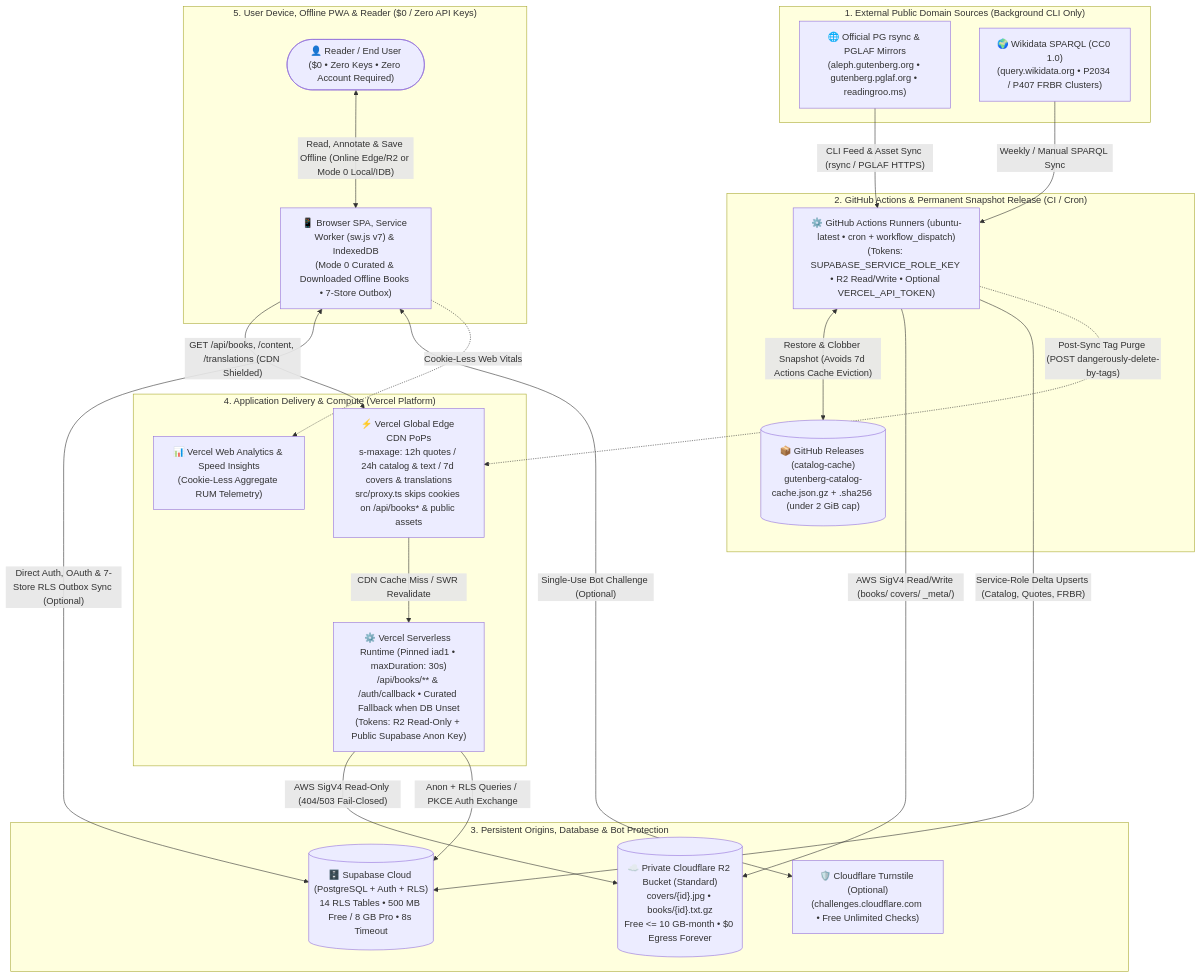
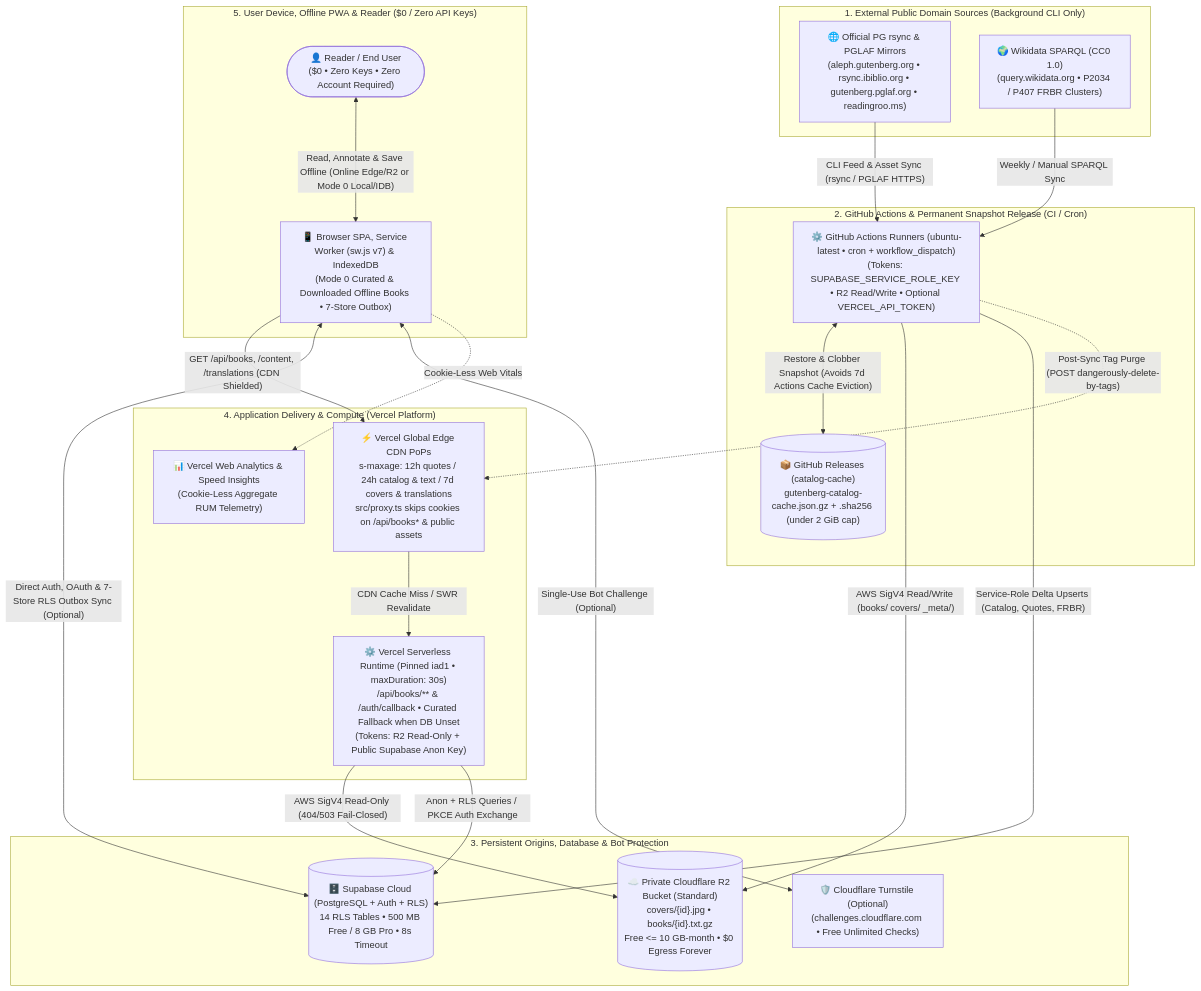
One commit to calin-m/Bookarium changed the diagram in docs/INFRASTRUCTURE.md. Above: the diagram before and after it, drawn with Mermaid. The commit also changed other lines of this file and 40 other files, not shown here.

````diff
--- a/docs/INFRASTRUCTURE.md
+++ b/docs/INFRASTRUCTURE.md
@@ -32,46 +32,46 @@
 ```mermaid
 flowchart TD
     subgraph UpstreamFeeds ["1. External Public Domain Sources (Background CLI Only)"]
-        PGMirrors["🌐 Official PG rsync & PGLAF Mirrors\n(aleph.gutenberg.org • gutenberg.pglaf.org • readingroo.ms)"]
+        PGMirrors["🌐 Official PG rsync & PGLAF Mirrors\n(aleph.gutenberg.org • rsync.ibiblio.org • gutenberg.pglaf.org • readingroo.ms)"]
         Wikidata["🌍 Wikidata SPARQL (CC0 1.0)\n(query.wikidata.org • P2034 / P407 FRBR Clusters)"]
     end
 
     subgraph AutomationTier ["2. GitHub Actions & Permanent Snapshot Release (CI / Cron)"]
         GHActions["⚙️ GitHub Actions Runners (ubuntu-latest • cron + workflow_dispatch)\n(Tokens: SUPABASE_SERVICE_ROLE_KEY • R2 Read/Write • Optional VERCEL_API_TOKEN)"]
         GHRelease[("📦 GitHub Releases (catalog-cache)\ngutenberg-catalog-cache.json.gz + .sha256 (under 2 GiB cap)")]
     end
 
     subgraph OriginServices ["3. Persistent Origins, Database & Bot Protection"]
         R2Bucket[("☁️ Private Cloudflare R2 Bucket (Standard)\ncovers/{id}.jpg • books/{id}.txt.gz\nFree <= 10 GB-month • $0 Egress Forever")]
         SupaCloud[("🗄️ Supabase Cloud (PostgreSQL + Auth + RLS)\n14 RLS Tables • 500 MB Free / 8 GB Pro • 8s Timeout")]
         Turnstile["🛡️ Cloudflare Turnstile (Optional)\n(challenges.cloudflare.com • Free Unlimited Checks)"]
     end
 
     subgraph VercelPlane ["4. Application Delivery & Compute (Vercel Platform)"]
         EdgeCDN["⚡ Vercel Global Edge CDN PoPs\ns-maxage: 12h quotes / 24h catalog & text / 7d covers & translations\nsrc/proxy.ts skips cookies on /api/books* & public assets"]
         VercelOrigin["⚙️ Vercel Serverless Runtime (Pinned iad1 • maxDuration: 30s)\n/api/books/** & /auth/callback • Curated Fallback when DB Unset\n(Tokens: R2 Read-Only + Public Supabase Anon Key)"]
         VercelObs["📊 Vercel Web Analytics & Speed Insights\n(Cookie-Less Aggregate RUM Telemetry)"]
     end
 
     subgraph UserDevicePlane ["5. User Device, Offline PWA & Reader ($0 / Zero API Keys)"]
         BrowserPWA["📱 Browser SPA, Service Worker (sw.js v7) & IndexedDB\n(Mode 0 Curated & Downloaded Offline Books • 7-Store Outbox)"]
         EndUser(["👤 Reader / End User\n($0 • Zero Keys • Zero Account Required)"])
     end
 
     PGMirrors -->|"CLI Feed & Asset Sync (rsync / PGLAF HTTPS)"| GHActions
     Wikidata -->|"Weekly / Manual SPARQL Sync"| GHActions
     GHActions <-->|"Restore & Clobber Snapshot (Avoids 7d Actions Cache Eviction)"| GHRelease
     GHActions -->|"AWS SigV4 Read/Write (books/ covers/ _meta/)"| R2Bucket
     GHActions -->|"Service-Role Delta Upserts (Catalog, Quotes, FRBR)"| SupaCloud
     GHActions -.->|"Post-Sync Tag Purge (POST dangerously-delete-by-tags)"| EdgeCDN
 
     VercelOrigin -->|"AWS SigV4 Read-Only (404/503 Fail-Closed)"| R2Bucket
     VercelOrigin -->|"Anon + RLS Queries / PKCE Auth Exchange"| SupaCloud
     EdgeCDN -->|"CDN Cache Miss / SWR Revalidate"| VercelOrigin
 
     BrowserPWA -->|"GET /api/books, /content, /translations (CDN Shielded)"| EdgeCDN
     BrowserPWA <-->|"Direct Auth, OAuth & 7-Store RLS Outbox Sync (Optional)"| SupaCloud
     BrowserPWA <-->|"Single-Use Bot Challenge (Optional)"| Turnstile
     BrowserPWA -.->|"Cookie-Less Web Vitals"| VercelObs
     EndUser <-->|"Read, Annotate & Save Offline (Online Edge/R2 or Mode 0 Local/IDB)"| BrowserPWA
 ```
````
